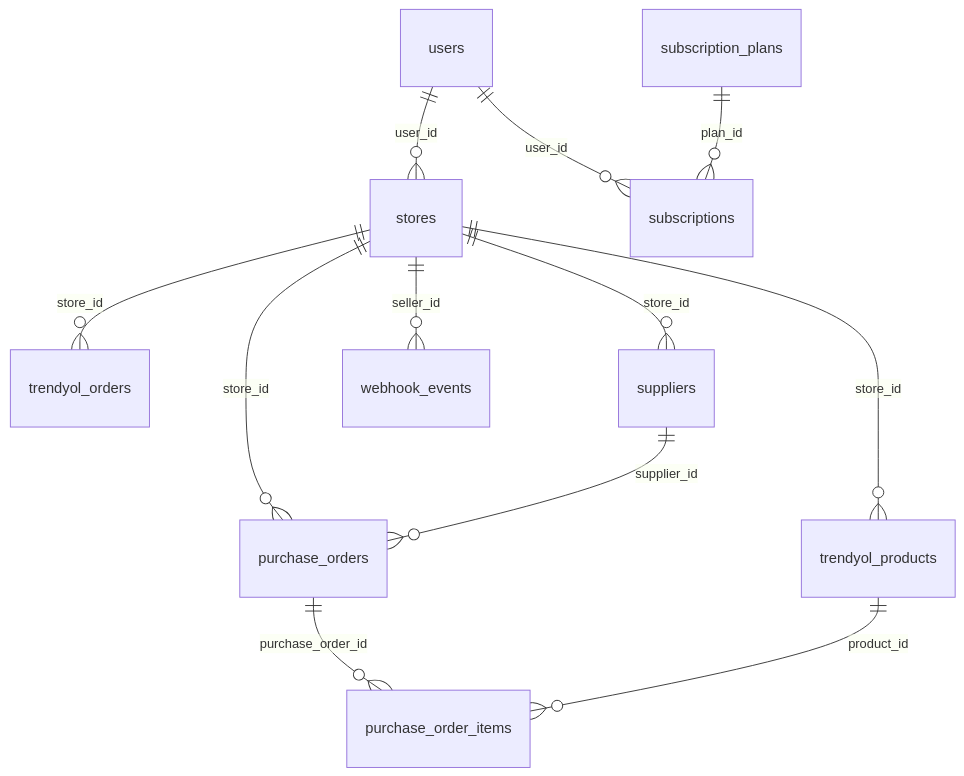
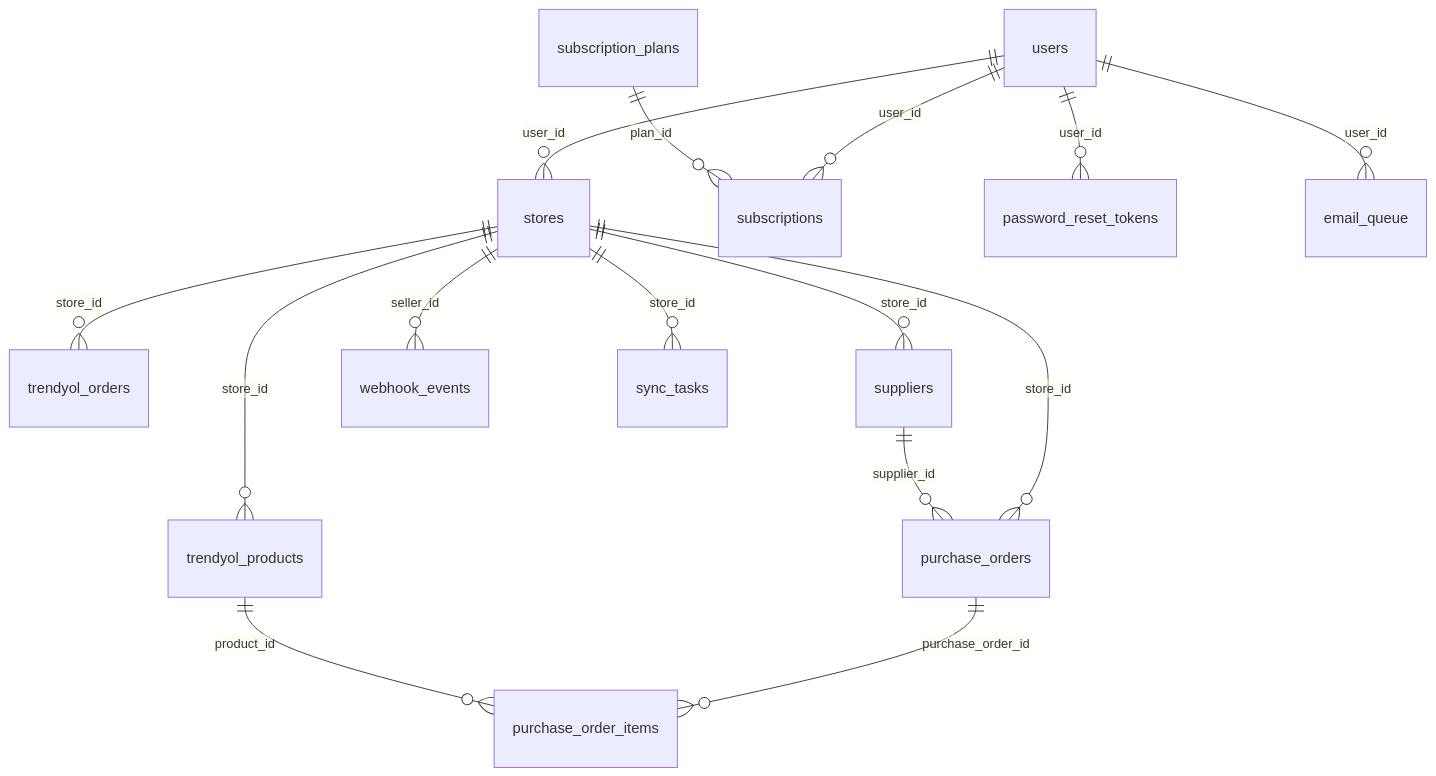
The diagram in docs/sprint-2-db-schema/03-schema-overview.md (nethunterzist/sellerx), drawn with Mermaid before and after one commit. The commit also changed other lines of this file and 973 other files, not shown here.

````diff
--- a/docs/sprint-2-db-schema/03-schema-overview.md
+++ b/docs/sprint-2-db-schema/03-schema-overview.md
@@ -34,14 +41,17 @@
 ```mermaid
 erDiagram
   users ||--o{ stores : "user_id"
   stores ||--o{ trendyol_products : "store_id"
   stores ||--o{ trendyol_orders : "store_id"
   stores ||--o{ purchase_orders : "store_id"
   stores ||--o{ suppliers : "store_id"
   purchase_orders ||--o{ purchase_order_items : "purchase_order_id"
   suppliers ||--o{ purchase_orders : "supplier_id"
   trendyol_products ||--o{ purchase_order_items : "product_id"
   stores ||--o{ webhook_events : "seller_id"
+  stores ||--o{ sync_tasks : "store_id"
   users ||--o{ subscriptions : "user_id"
+  users ||--o{ password_reset_tokens : "user_id"
+  users ||--o{ email_queue : "user_id"
   subscription_plans ||--o{ subscriptions : "plan_id"
 ```
````
